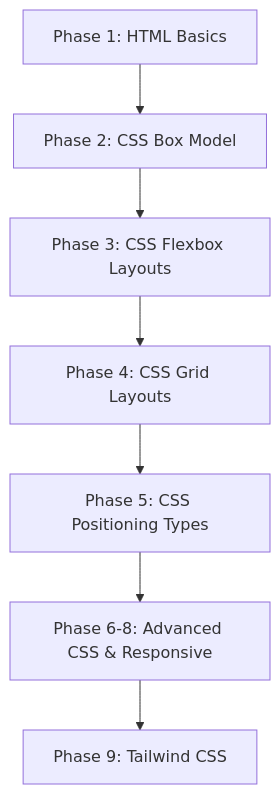
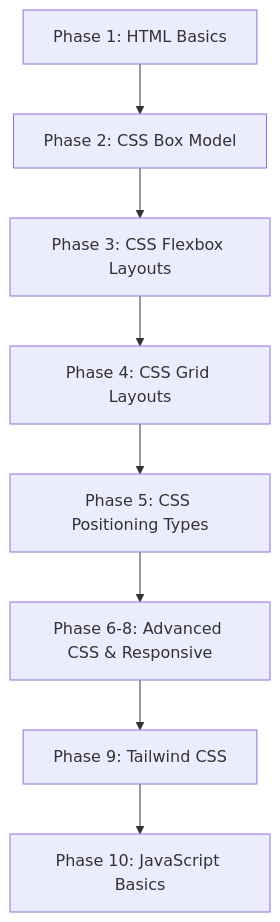
One commit to SaqibShah-dev/web-dev-journey changed the diagram in README.md. Above: the diagram before and after it, drawn with Mermaid. The commit also changed other lines of this file, not shown here.

````diff
--- a/README.md
+++ b/README.md
@@ -80,9 +121,10 @@
 ```mermaid
 graph TD
     A[Phase 1: HTML Basics] --> B[Phase 2: CSS Box Model]
     B --> C[Phase 3: CSS Flexbox Layouts]
     C --> D[Phase 4: CSS Grid Layouts]
     D --> E[Phase 5: CSS Positioning Types]
     E --> F[Phase 6-8: Advanced CSS & Responsive]
     F --> G[Phase 9: Tailwind CSS]
+    G --> H[Phase 10: JavaScript Basics]
 ```
````
